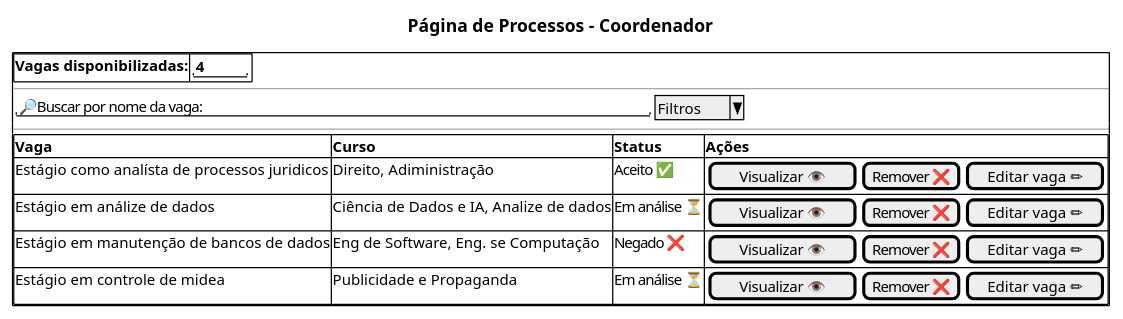
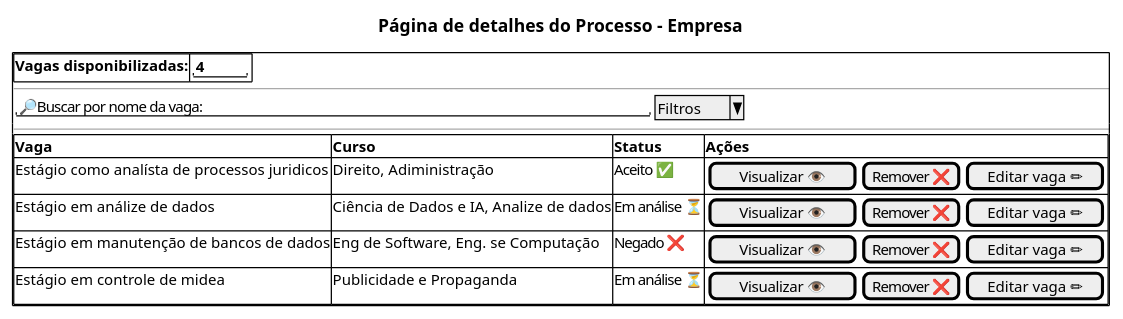
One commit to Projetos-de-Extensao/PBE_26.1_8002_I changed the fourth of 7 diagrams in docs/Iniciacao/prototipo_baixa_fidelidade.md. Above: the diagram before and after it, drawn with PlantUML. The commit also changed other lines of this file, not shown here.

````diff
--- a/docs/Iniciacao/prototipo_baixa_fidelidade.md
+++ b/docs/Iniciacao/prototipo_baixa_fidelidade.md
@@ -124,23 +124,23 @@
 ```plantuml
 @startsalt
-title Página de Processos - Coordenador
+title Página de detalhes do Processo - Empresa
 {
   {+       
     {# **Vagas disponibilizadas:** { "**4**" }}
    --
     {
        "🔎Buscar por nome da vaga:                                     "|^Filtros^
     }
     --
     
     {# 
       **Vaga**| **Curso** | **Status** | **Ações**
       Estágio como analísta de processos juridicos | Direito, Adiministração | Aceito ✅ |{[Visualizar 👁️] | [Remover ❌] | [Editar vaga ✏]}
       Estágio em análize de dados |  Ciência de Dados e IA, Analize de dados | Em análise ⏳ |{[Visualizar 👁️] | [Remover ❌] | [Editar vaga ✏]}
       Estágio em manutenção de bancos de dados |Eng de Software, Eng. se Computação | Negado ❌ |{[Visualizar 👁️] | [Remover ❌] | [Editar vaga ✏]}
       Estágio em controle de midea | Publicidade e Propaganda| Em análise ⏳ |{[Visualizar 👁️] | [Remover ❌] | [Editar vaga ✏]}
     }
 }
 }
 @endsalt
 ```
````
